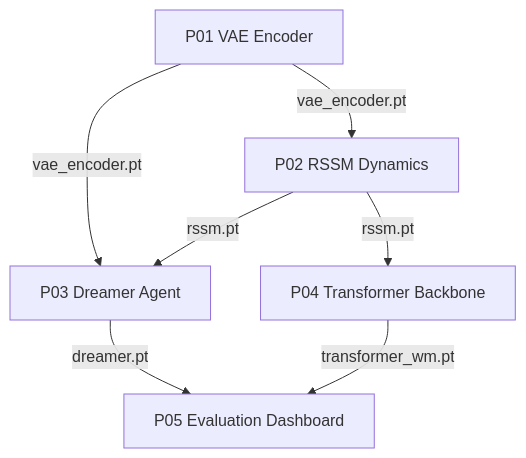
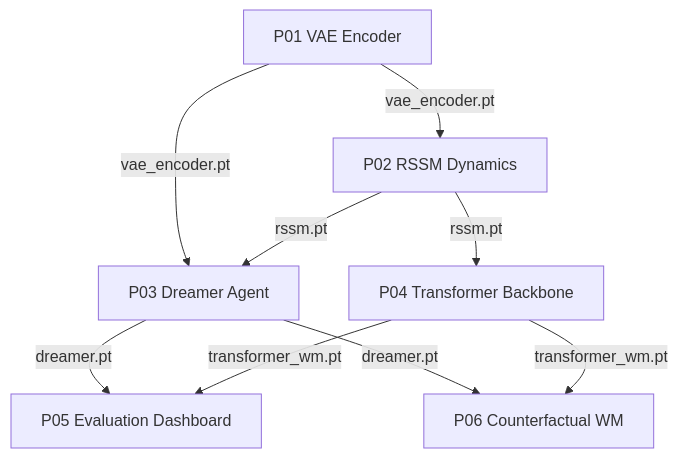
The diagram in docs/en/projects/index.md (datawhalechina/learn-world-model), drawn with Mermaid before and after one commit. The commit also changed other lines of this file and 7 other files, not shown here.

````diff
--- a/docs/en/projects/index.md
+++ b/docs/en/projects/index.md
@@ -27,9 +32,11 @@
 ```mermaid
 graph TD
     P01[P01 VAE Encoder] -->|vae_encoder.pt| P02[P02 RSSM Dynamics]
     P01 -->|vae_encoder.pt| P03[P03 Dreamer Agent]
     P02 -->|rssm.pt| P03
     P02 -->|rssm.pt| P04[P04 Transformer Backbone]
     P03 -->|dreamer.pt| P05[P05 Evaluation Dashboard]
     P04 -->|transformer_wm.pt| P05
+    P03 -->|dreamer.pt| P06[P06 Counterfactual WM]
+    P04 -->|transformer_wm.pt| P06
 ```
````
